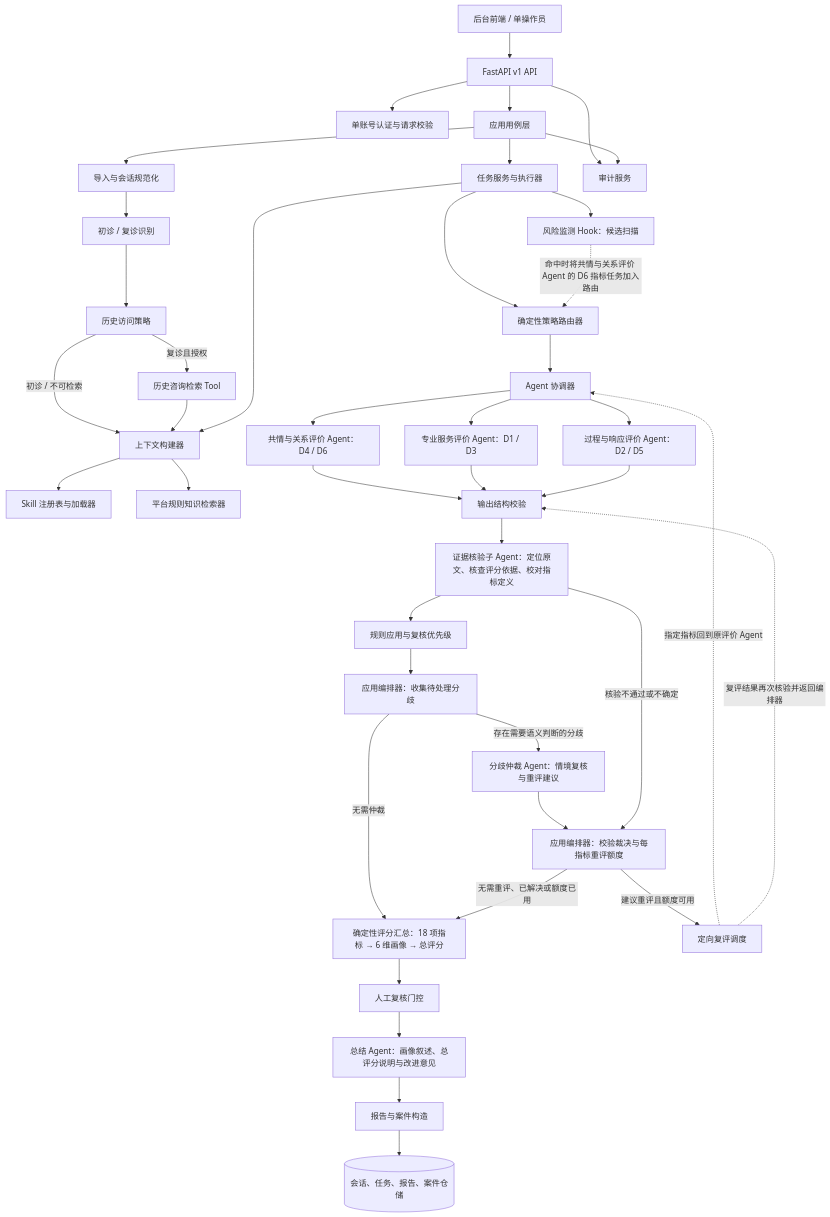
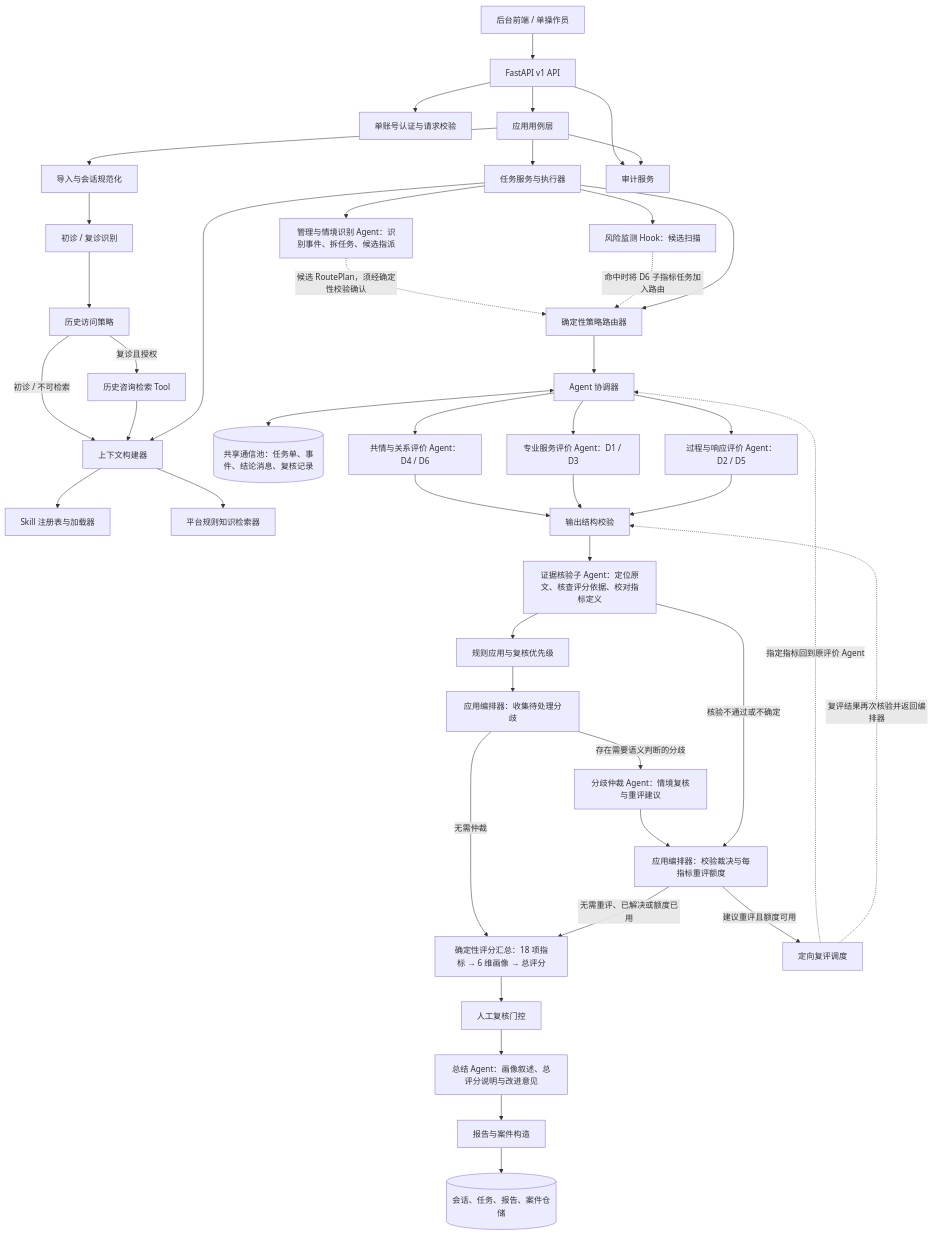
One commit to poxuxuxux/Online-psychological-counseling-platform-doctor-service-quality-monitoring-agent changed the first of 2 diagrams in docs/architecture/AGENT_SYSTEM_DESIGN.md. Above: the diagram before and after it, drawn with Mermaid. The commit also changed other lines of this file and 13 other files, not shown here.

First line of the commit message:
feat: wire shared ledger into evaluation flow and relocate repository ports

````diff
--- a/docs/architecture/AGENT_SYSTEM_DESIGN.md
+++ b/docs/architecture/AGENT_SYSTEM_DESIGN.md
@@ -48,43 +48,46 @@
 ```mermaid
 flowchart TD
     UI[后台前端 / 单操作员] --> API[FastAPI v1 API]
     API --> AUTH[单账号认证与请求校验]
     API --> UC[应用用例层]
     UC --> IMP[导入与会话规范化]
     UC --> TASK[任务服务与执行器]
     IMP --> ROUND[初诊 / 复诊识别]
     ROUND --> HP[历史访问策略]
     HP -- 复诊且授权 --> HIST[历史咨询检索 Tool]
     HP -- 初诊 / 不可检索 --> CTX[上下文构建器]
     HIST --> CTX
     TASK --> CTX[上下文构建器]
     CTX --> SKILL[Skill 注册表与加载器]
     CTX --> KNOW[平台规则知识检索器]
     TASK --> HOOK[风险监测 Hook：候选扫描]
+    TASK --> MGR[管理与情境识别 Agent：识别事件、拆任务、候选指派]
+    MGR -. 候选 RoutePlan，须经确定性校验确认 .-> ROUTER
+    HOOK -. 命中时将 D6 子指标任务加入路由 .-> ROUTER
     TASK --> ROUTER[确定性策略路由器]
-    HOOK -. 命中时将共情与关系评价 Agent 的 D6 指标任务加入路由 .-> ROUTER
     ROUTER --> COORD[Agent 协调器]
+    COORD <--> POOL[(共享通信池：任务单、事件、结论消息、复核记录)]
     COORD --> A1[共情与关系评价 Agent：D4 / D6]
     COORD --> A2[专业服务评价 Agent：D1 / D3]
     COORD --> A3[过程与响应评价 Agent：D2 / D5]
     A1 --> VALID[输出结构校验]
     A2 --> VALID
     A3 --> VALID
     VALID --> EVID[证据核验子 Agent：定位原文、核查评分依据、校对指标定义]
     EVID --> RR[规则应用与复核优先级]
     RR --> ORCH[应用编排器：收集待处理分歧]
     ORCH -->|存在需要语义判断的分歧| ARB[分歧仲裁 Agent：情境复核与重评建议]
     ORCH -->|无需仲裁| SCORE[确定性评分汇总：18 项指标 → 6 维画像 → 总评分]
     ARB --> RETRY_GUARD[应用编排器：校验裁决与每指标重评额度]
     RETRY_GUARD -->|建议重评且额度可用| RETRY[定向复评调度]
     RETRY_GUARD -->|无需重评、已解决或额度已用| SCORE
     SCORE --> GATE[人工复核门控]
     GATE --> SUMMARY[总结 Agent：画像叙述、总评分说明与改进意见]
     SUMMARY --> REPORT[报告与案件构造]
     REPORT --> REPO[(会话、任务、报告、案件仓储)]
     EVID -- 核验不通过或不确定 --> RETRY_GUARD
     RETRY -. 指定指标回到原评价 Agent .-> COORD
     RETRY -. 复评结果再次核验并返回编排器 .-> VALID
     API --> AUDIT[审计服务]
     UC --> AUDIT
 ```
````
